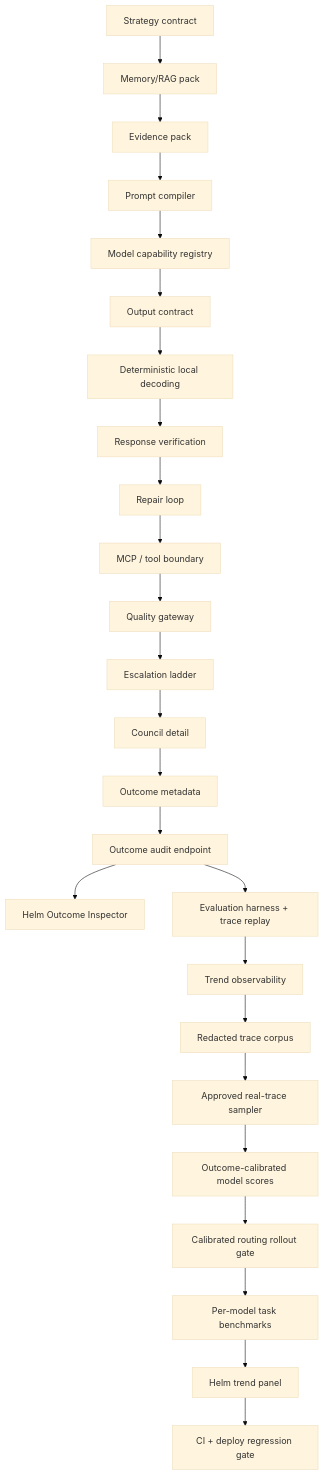
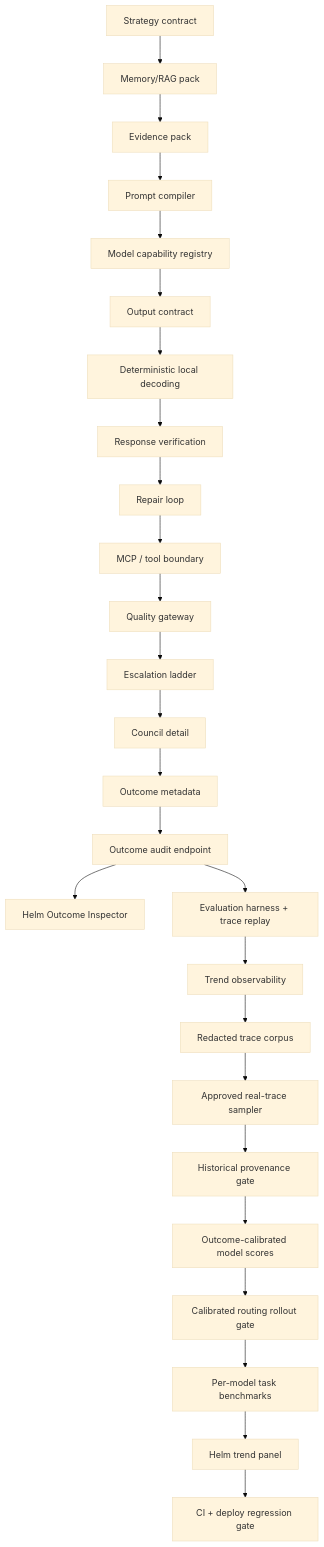
One commit to kphaas/jarvis-alpha changed the second of 2 diagrams in docs/audit/AT0_CHAT_QUALITY_ARCHITECTURE_GAP_LEDGER_2026-07-09.md. Above: the diagram before and after it, drawn with Mermaid (base theme). The commit also changed other lines of this file and 6 other files, not shown here.

Commit message:
feat(chat): gate historical trace provenance (#708)

````diff
--- a/docs/audit/AT0_CHAT_QUALITY_ARCHITECTURE_GAP_LEDGER_2026-07-09.md
+++ b/docs/audit/AT0_CHAT_QUALITY_ARCHITECTURE_GAP_LEDGER_2026-07-09.md
@@ -31,27 +31,28 @@
 ```mermaid
 flowchart TD
     S["Strategy contract"] --> M["Memory/RAG pack"]
     M --> C["Evidence pack"]
     C --> P["Prompt compiler"]
     P --> R["Model capability registry"]
     R --> OC["Output contract"]
     OC --> LD["Deterministic local decoding"]
     LD --> V["Response verification"]
     V --> RL["Repair loop"]
     RL --> TB["MCP / tool boundary"]
     TB --> Q["Quality gateway"]
     Q --> E["Escalation ladder"]
     E --> D["Council detail"]
     D --> O["Outcome metadata"]
     O --> A["Outcome audit endpoint"]
     A --> H["Helm Outcome Inspector"]
     A --> EV["Evaluation harness + trace replay"]
     EV --> T["Trend observability"]
     T --> RC["Redacted trace corpus"]
     RC --> RS["Approved real-trace sampler"]
-    RS --> MS["Outcome-calibrated model scores"]
+    RS --> HR["Historical provenance gate"]
+    HR --> MS["Outcome-calibrated model scores"]
     MS --> CR["Calibrated routing rollout gate"]
     CR --> PM["Per-model task benchmarks"]
     PM --> HP["Helm trend panel"]
     HP --> G["CI + deploy regression gate"]
 ```
````
